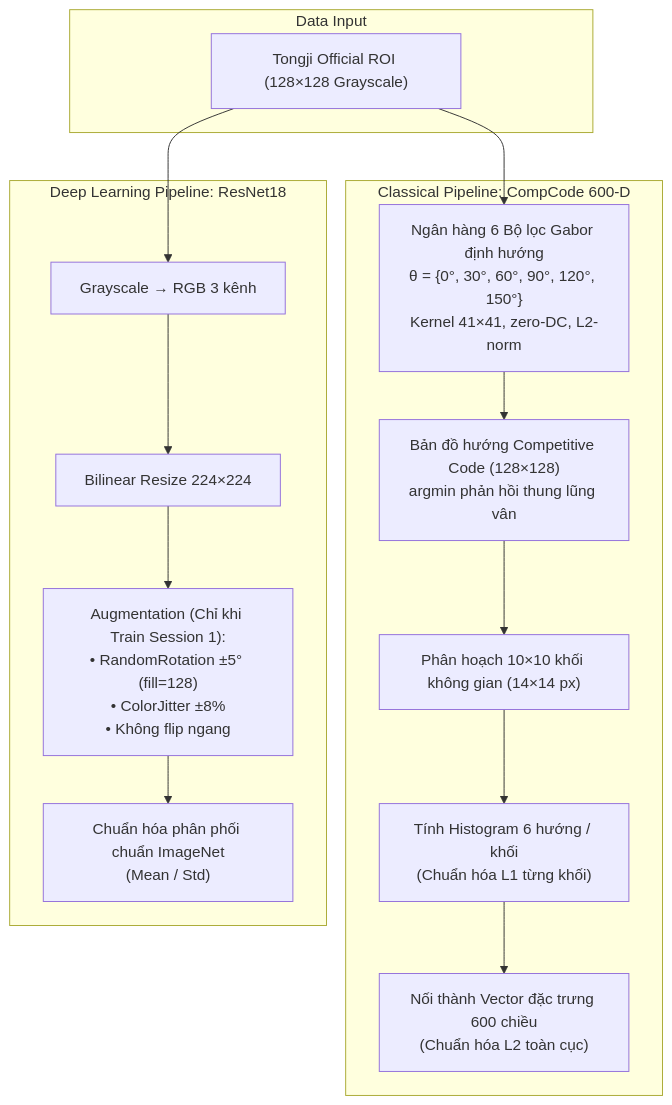
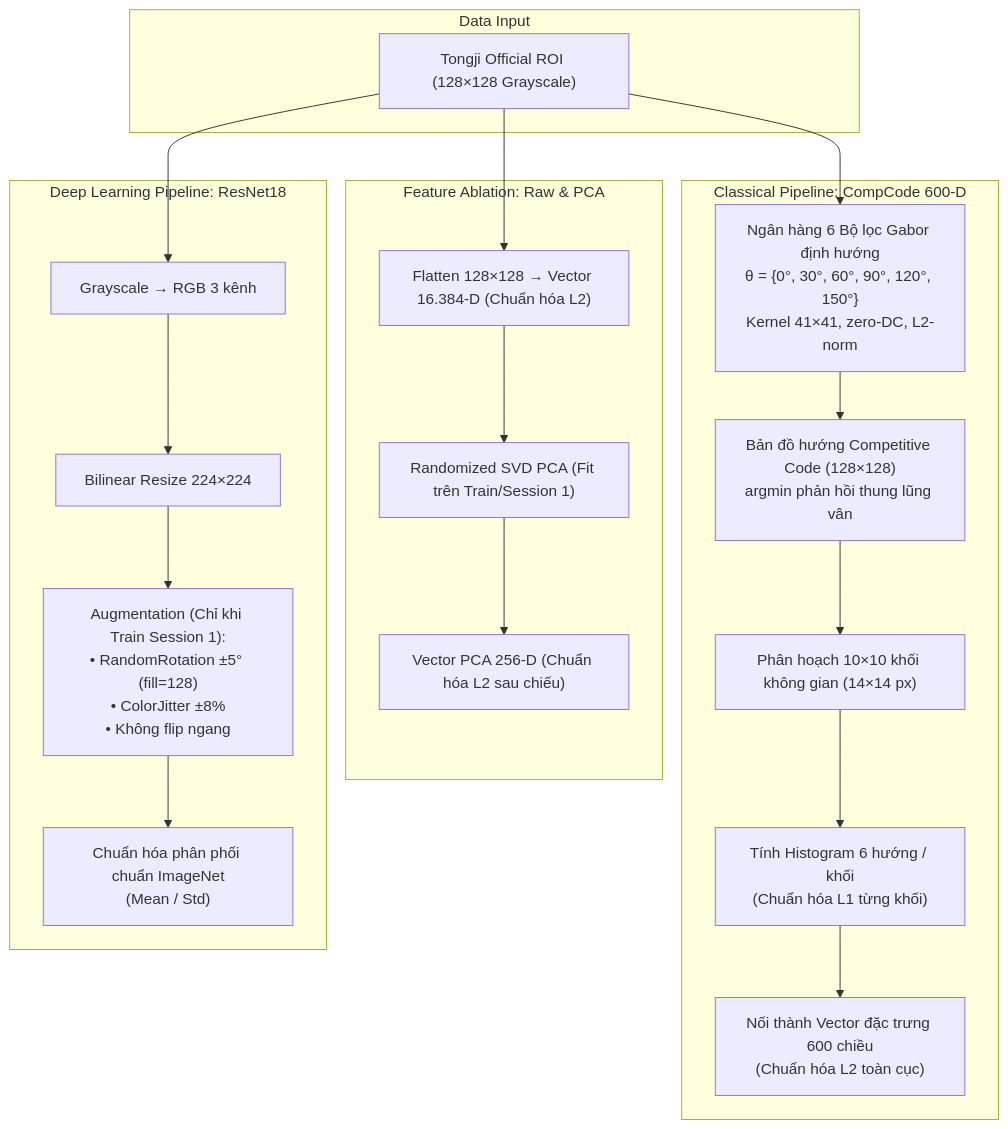
One commit to hloc1810/tongji-palmprint-recognition changed the diagram in README.md. Above: the diagram before and after it, drawn with Mermaid. The commit also changed other lines of this file, not shown here.

Commit message:
docs: update README with E3 ablation, code-vs-library breakdown, and expanded benchmark analysis

````diff
--- a/README.md
+++ b/README.md
@@ -51,21 +95,27 @@
 ```mermaid
 flowchart TD
     subgraph Data Input
         OfficialROI["Tongji Official ROI (128×128 Grayscale)"]
     end
 
     subgraph Classical Pipeline: CompCode 600-D
         OfficialROI --> GaborBank["Ngân hàng 6 Bộ lọc Gabor định hướng<br/>θ = {0°, 30°, 60°, 90°, 120°, 150°}<br/>Kernel 41×41, zero-DC, L2-norm"]
         GaborBank --> OrientationMap["Bản đồ hướng Competitive Code (128×128)<br/>argmin phản hồi thung lũng vân"]
         OrientationMap --> Grid100["Phân hoạch 10×10 khối không gian (14×14 px)"]
         Grid100 --> BlockHist["Tính Histogram 6 hướng / khối<br/>(Chuẩn hóa L1 từng khối)"]
         BlockHist --> Vector600["Nối thành Vector đặc trưng 600 chiều<br/>(Chuẩn hóa L2 toàn cục)"]
     end
 
+    subgraph Feature Ablation: Raw & PCA
+        OfficialROI --> FlatRaw["Flatten 128×128 → Vector 16.384-D (Chuẩn hóa L2)"]
+        FlatRaw --> PCATrain["Randomized SVD PCA (Fit trên Train/Session 1)"]
+        PCATrain --> PCAVec["Vector PCA 256-D (Chuẩn hóa L2 sau chiếu)"]
+    end
+
     subgraph Deep Learning Pipeline: ResNet18
         OfficialROI --> Ch3["Grayscale → RGB 3 kênh"]
         Ch3 --> Resize224["Bilinear Resize 224×224"]
         Resize224 --> Augment["Augmentation (Chỉ khi Train Session 1):<br/>• RandomRotation ±5° (fill=128)<br/>• ColorJitter ±8%<br/>• Không flip ngang"]
         Augment --> ImageNetNorm["Chuẩn hóa phân phối chuẩn ImageNet<br/>(Mean / Std)"]
     end
 ```
````
